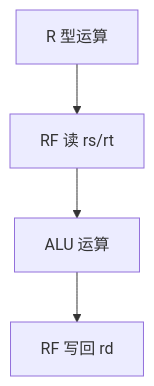
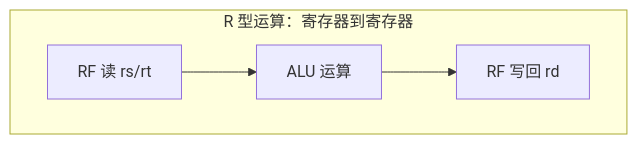
The first of 7 diagrams in guides/计组-课件05-学习指南.md (SummerS-tars/jizu-course-guides), drawn with Mermaid before and after one commit. The commit also changed other lines of this file, not shown here.

Commit message:
docs(计组): 修正课件05数据流图子图布局

````diff
--- a/guides/计组-课件05-学习指南.md
+++ b/guides/计组-课件05-学习指南.md
@@ -111,6 +111,7 @@
 ```mermaid
 flowchart TB
-  R0["R 型运算"] --> R1["RF 读 rs/rt"]
-  R1 --> ALU1["ALU 运算"]
-  ALU1 --> WB1["RF 写回 rd"]
+  subgraph R型["R 型运算：寄存器到寄存器"]
+    R1["RF 读 rs/rt"] --> ALU1["ALU 运算"]
+    ALU1 --> WB1["RF 写回 rd"]
+  end
 ```
````
